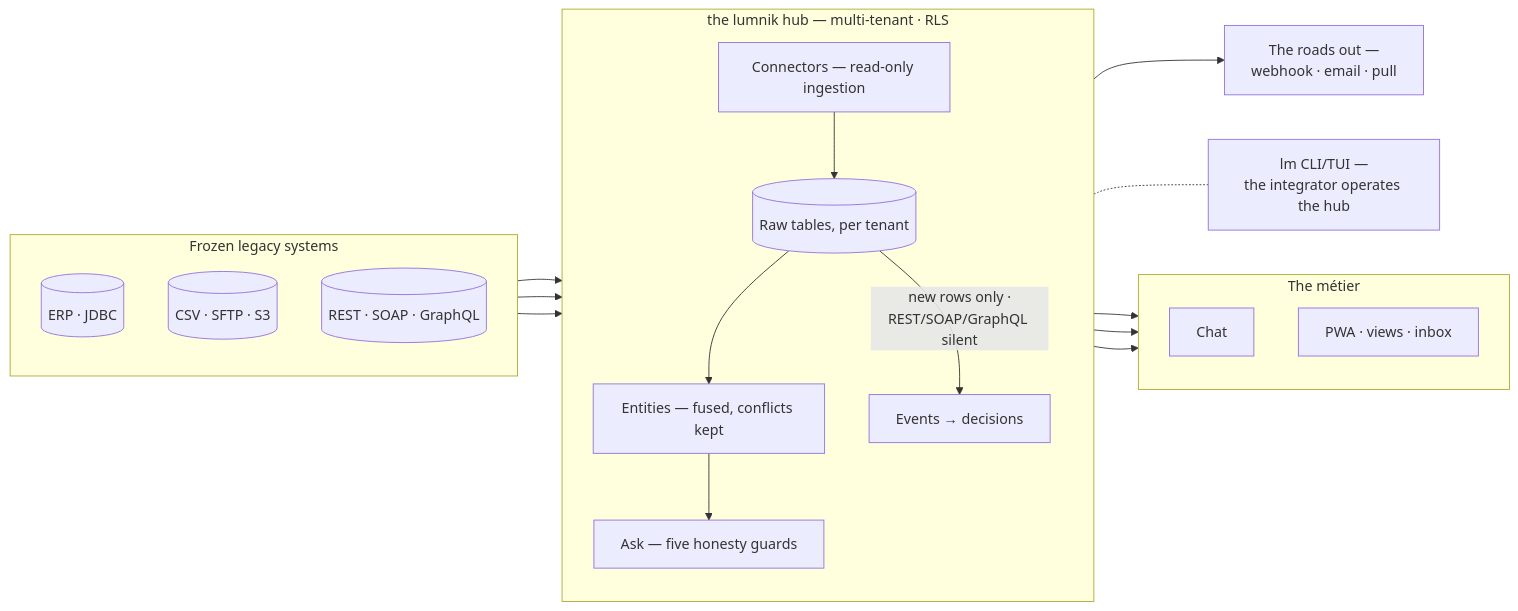
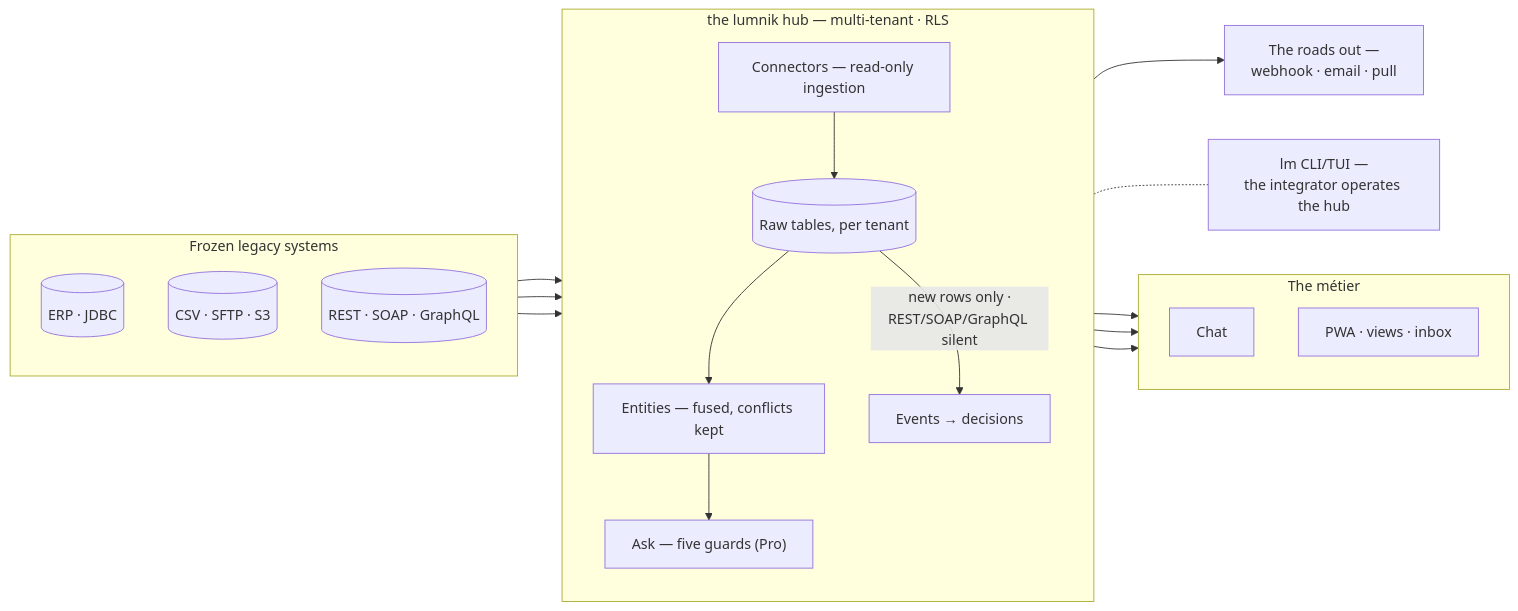
One commit to icreated/lumnik-open changed the diagram in docs/index.md. Above: the diagram before and after it, drawn with Mermaid. The commit also changed other lines of this file and 665 other files, not shown here.

````diff
--- a/docs/index.md
+++ b/docs/index.md
@@ -77,34 +74,34 @@
 ```mermaid
 flowchart LR
   subgraph frozen["Frozen legacy systems"]
     direction TB
     erp[("ERP · JDBC")]
     files[("CSV · SFTP · S3")]
     apis[("REST · SOAP · GraphQL")]
   end
   subgraph hub["the lumnik hub — multi-tenant · RLS"]
     direction TB
     conn["Connectors — read-only ingestion"]
     tables[("Raw tables, per tenant")]
     ent["Entities — fused, conflicts kept"]
-    ask["Ask — five honesty guards"]
+    ask["Ask — five guards (Pro)"]
     ev["Events → decisions"]
     conn --> tables --> ent --> ask
     tables -->|"new rows only ·<br/>REST/SOAP/GraphQL silent"| ev
   end
   subgraph metier["The métier"]
     direction TB
     chat["Chat"]
     pwa["PWA · views · inbox"]
   end
   out["The roads out —<br/>webhook · email · pull"]
   lm["lm CLI/TUI —<br/>the integrator operates the hub"]
   erp --> conn
   files --> conn
   apis --> conn
   ask --> chat
   ent --> pwa
   ev --> pwa
   ev --> out
   hub -.- lm
 ```
````
